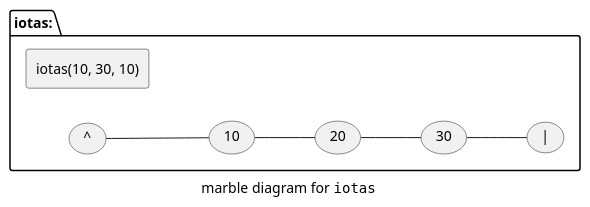
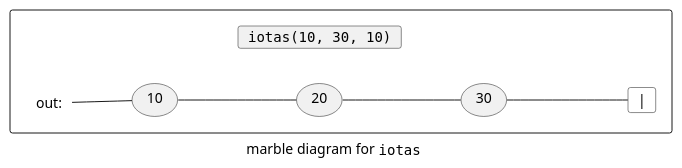
One commit to kirkshoop/sequence-next changed diagram 12 of 16 in sequences.md. Above: the diagram before and after it, drawn with PlantUML. The commit also changed other lines of this file, not shown here.

````diff
--- a/sequences.md
+++ b/sequences.md
@@ -556,11 +618,18 @@
 ```plantuml
 caption marble diagram for ""iotas""
 left to right direction
-package iotas: {
-rectangle ""iotas(10, 30, 10)""
-(^) -- (10)
-(10) -- (20)
-(20) -- (30)
-(30) -- (|)
+rectangle {
+usecase anc as " " #transparent;line:transparent
+card fn as """iotas(10, 30, 10)""" 
+anc -[hidden]-- fn
+card oS as "out:" #transparent;line:transparent
+usecase o10 as "10"
+usecase o20 as "20"
+usecase o30 as "30"
+card oE as "|" #transparent
+oS -- o10
+o10 -- o20
+o20 -- o30
+o30 --- oE
 }
 ```
````
